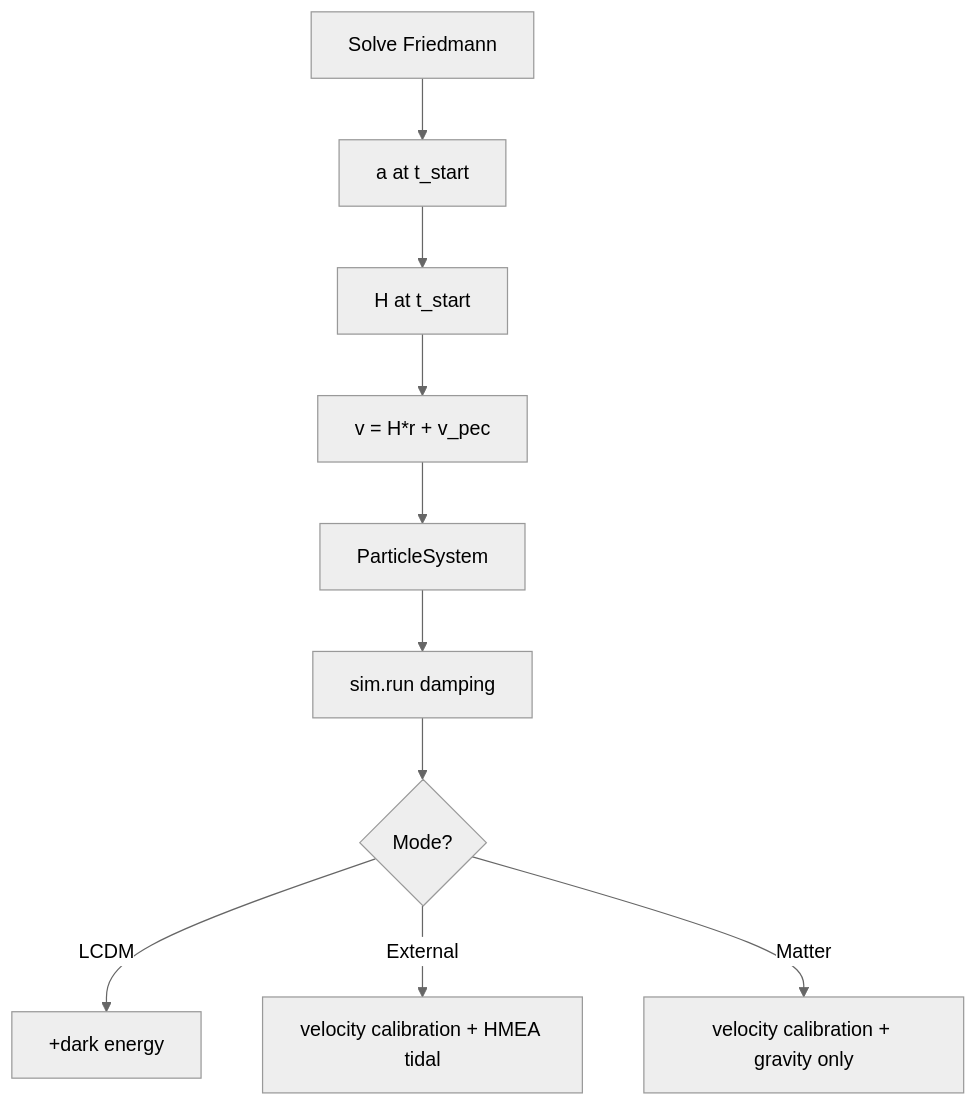
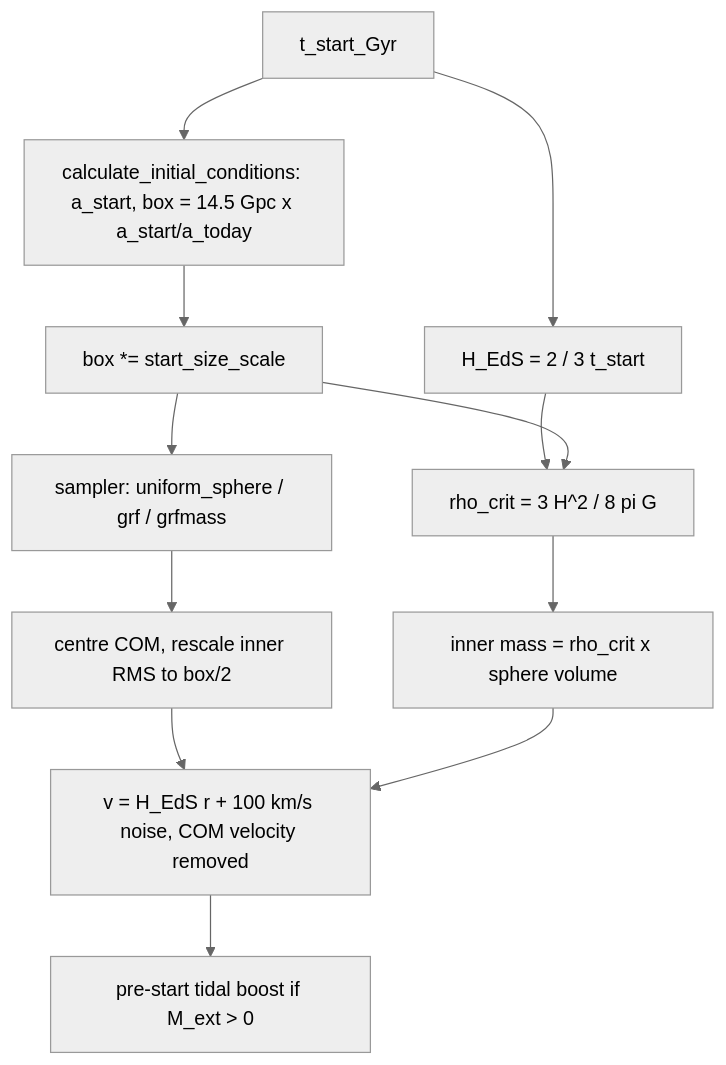
Before and after one commit to MartinGamsby/ProgenitorNodeModelCosmology: the diagram in lode/physics/initial-conditions.md, drawn with Mermaid (neutral theme). The commit also changed other lines of this file and 818 other files, not shown here.

First line of the commit message:
Pantheon+ comparison: observer-scored virialized sweeps + 100k-particle hero runs (chi2/dof ~0.44 ~ LCDM) + paper v2 (#29)

````diff
--- a/lode/physics/initial-conditions.md
+++ b/lode/physics/initial-conditions.md
@@ -130,12 +8,14 @@
 ```mermaid
 graph TD
-    A[Solve Friedmann] --> B[a at t_start]
-    B --> C[H at t_start]
-    C --> D[v = H*r + v_pec]
-    D --> E[ParticleSystem]
-    E --> F[sim.run damping]
-    F --> G{Mode?}
-    G -->|LCDM| H[+dark energy]
-    G -->|External| I[velocity calibration + HMEA tidal]
-    G -->|Matter| J[velocity calibration + gravity only]
+    T[t_start_Gyr] --> BOX[calculate_initial_conditions: a_start, box = 14.5 Gpc x a_start/a_today]
+    BOX --> SCALE[box *= start_size_scale]
+    T --> H[H_EdS = 2 / 3 t_start]
+    H --> RHO[rho_crit = 3 H^2 / 8 pi G]
+    SCALE --> RHO
+    RHO --> MASS[inner mass = rho_crit x sphere volume]
+    SCALE --> POS[sampler: uniform_sphere / grf / grfmass]
+    POS --> NORM[centre COM, rescale inner RMS to box/2]
+    NORM --> V[v = H_EdS r + 100 km/s noise, COM velocity removed]
+    MASS --> V
+    V --> BOOST[pre-start tidal boost if M_ext > 0]
 ```
````
